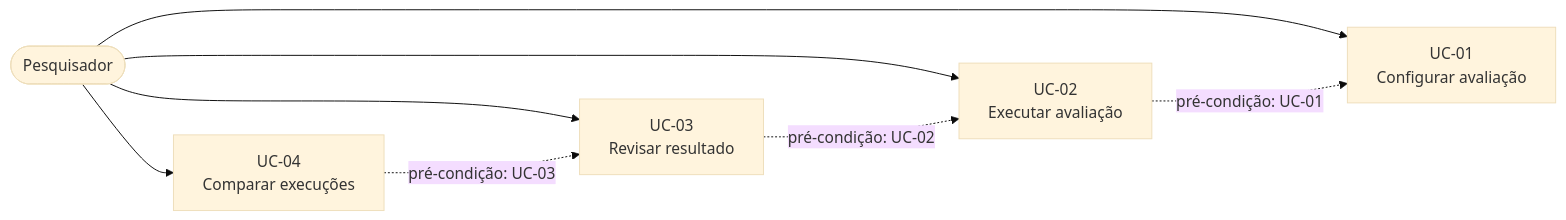
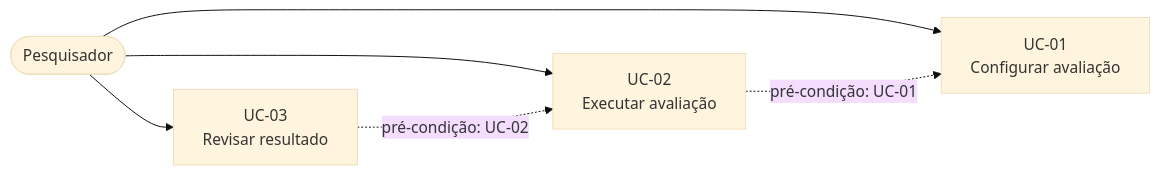
Before and after one commit to onhoudini/SI: the diagram in docs/4-casos-de-uso.md, drawn with Mermaid (base theme). The commit also changed other lines of this file and 4 other files, not shown here.

````diff
--- a/docs/4-casos-de-uso.md
+++ b/docs/4-casos-de-uso.md
@@ -9,10 +9,8 @@
 ```mermaid
 flowchart LR
     Pesquisador([Pesquisador]) --> UC01[UC-01<br>Configurar avaliação]
     Pesquisador --> UC02[UC-02<br>Executar avaliação]
     Pesquisador --> UC03[UC-03<br>Revisar resultado]
-    Pesquisador --> UC04[UC-04<br>Comparar execuções]
     UC02 -.->|pré-condição: UC-01| UC01
     UC03 -.->|pré-condição: UC-02| UC02
-    UC04 -.->|pré-condição: UC-03| UC03
 ```
````
